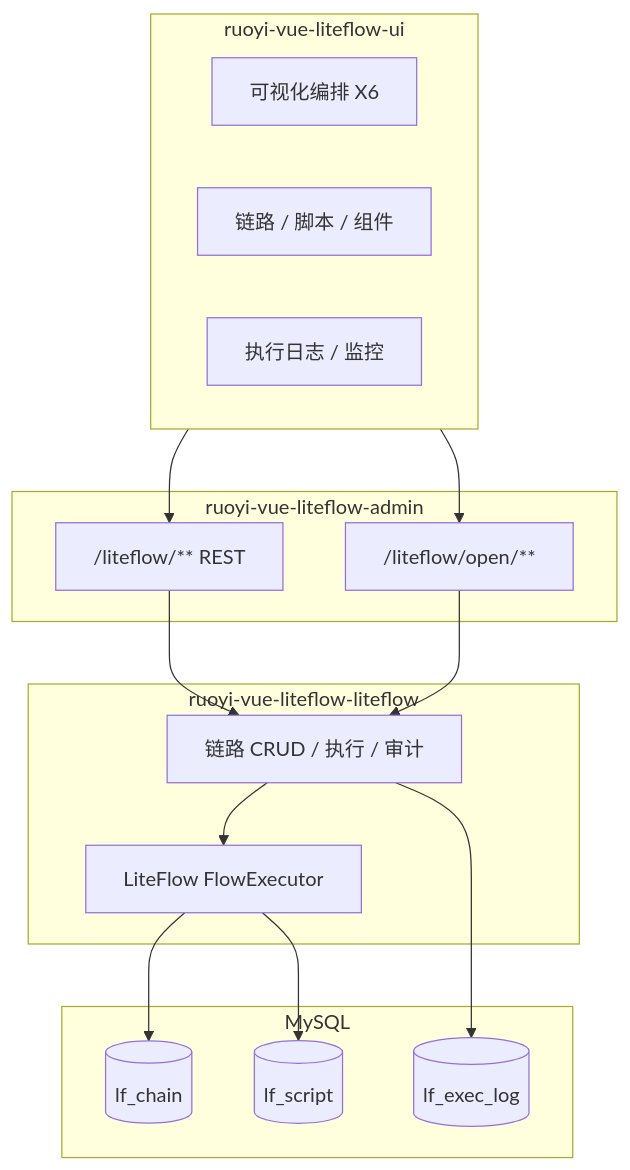
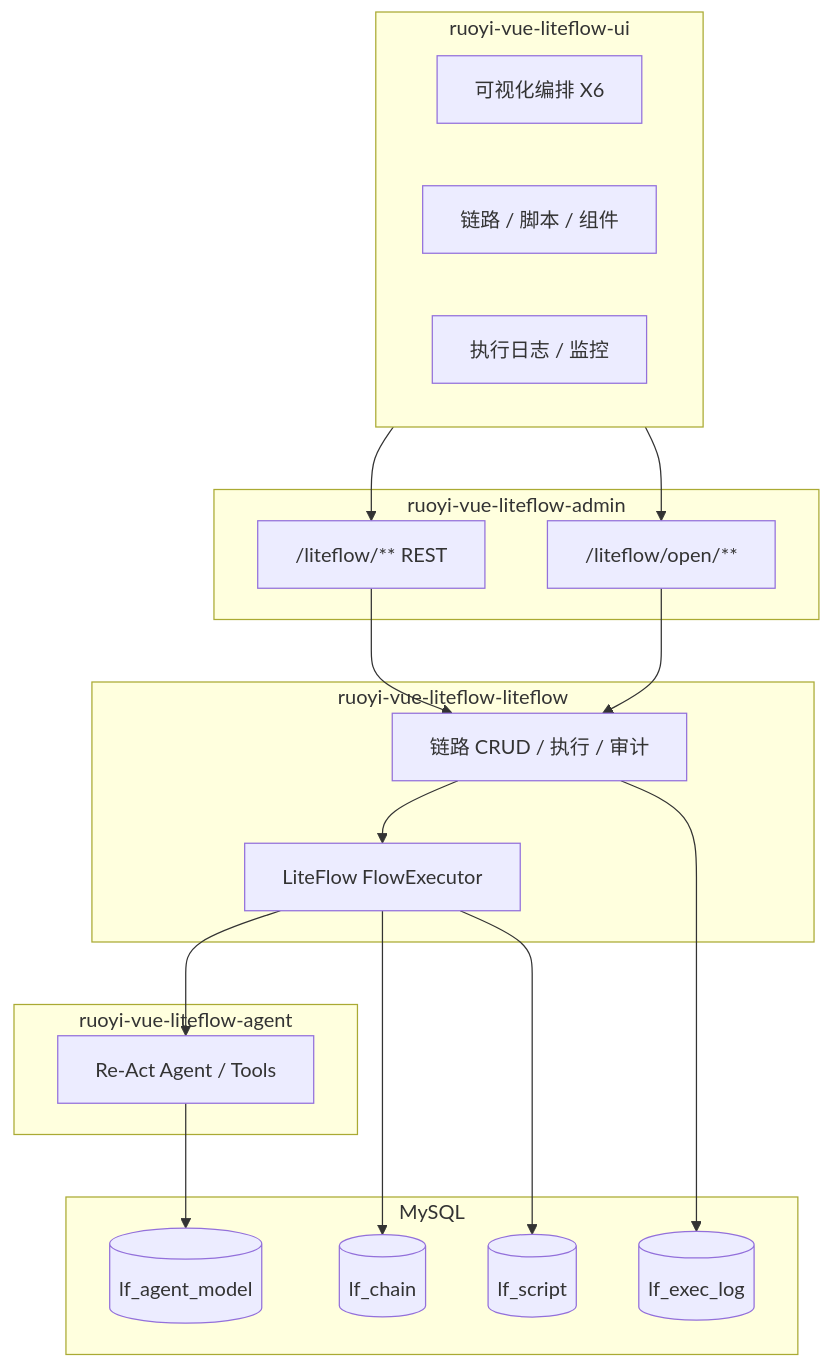
Before and after one commit to zhbdream/RuoYi-Vue-LiteFlow: the diagram in README.md, drawn with Mermaid. The commit also changed other lines of this file and 88 other files, not shown here.

````diff
--- a/README.md
+++ b/README.md
@@ -77,33 +91,40 @@
 ```mermaid
 flowchart TB
   subgraph UI["ruoyi-vue-liteflow-ui"]
     Editor[可视化编排 X6]
     Chain[链路 / 脚本 / 组件]
     Log[执行日志 / 监控]
   end
 
   subgraph Admin["ruoyi-vue-liteflow-admin"]
     API["/liteflow/** REST"]
     OpenAPI["/liteflow/open/**"]
   end
 
   subgraph Core["ruoyi-vue-liteflow-liteflow"]
     Svc[链路 CRUD / 执行 / 审计]
     LF[LiteFlow FlowExecutor]
   end
 
+  subgraph Agent["ruoyi-vue-liteflow-agent"]
+    ReAct[Re-Act Agent / Tools]
+  end
+
   subgraph Store["MySQL"]
     ChainTbl[(lf_chain)]
     ScriptTbl[(lf_script)]
     LogTbl[(lf_exec_log)]
+    ModelTbl[(lf_agent_model)]
   end
 
   UI --> API
   UI --> OpenAPI
   API --> Svc
   OpenAPI --> Svc
   Svc --> LF
+  LF --> ReAct
   LF --> ChainTbl
   LF --> ScriptTbl
   Svc --> LogTbl
+  ReAct --> ModelTbl
 ```
````
